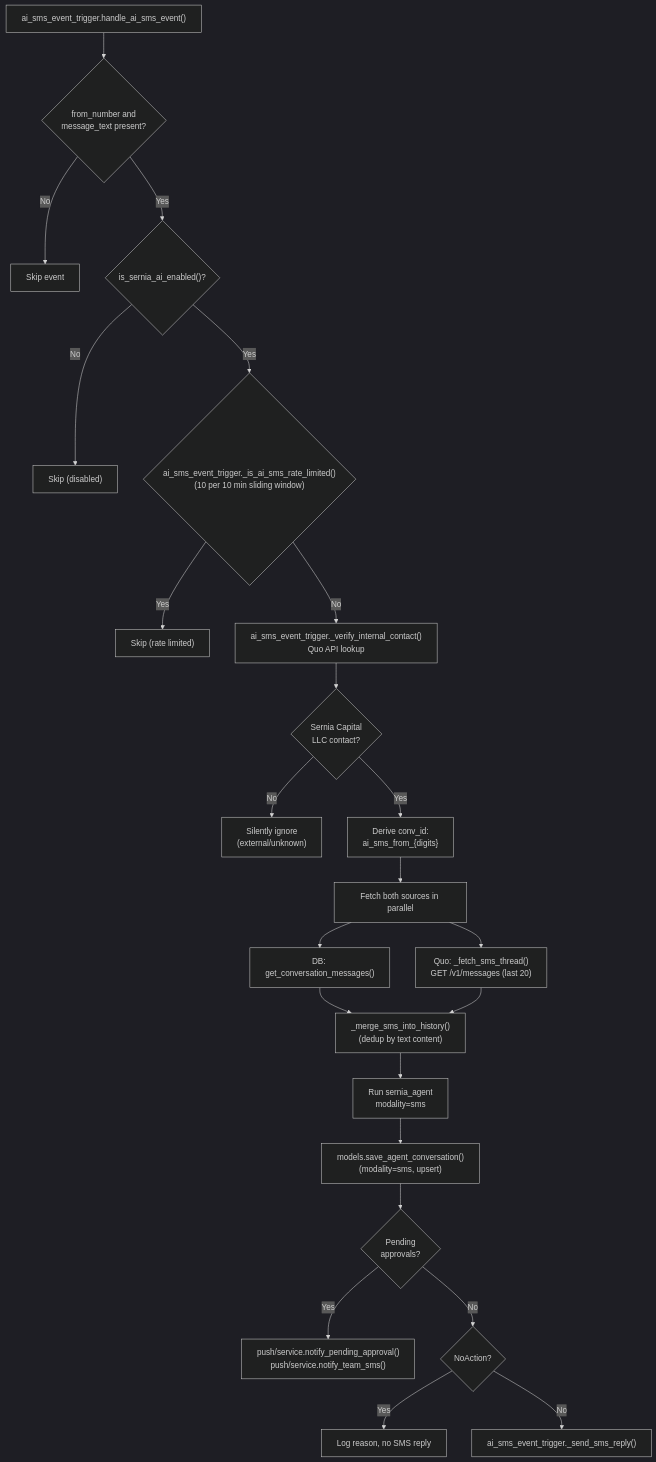
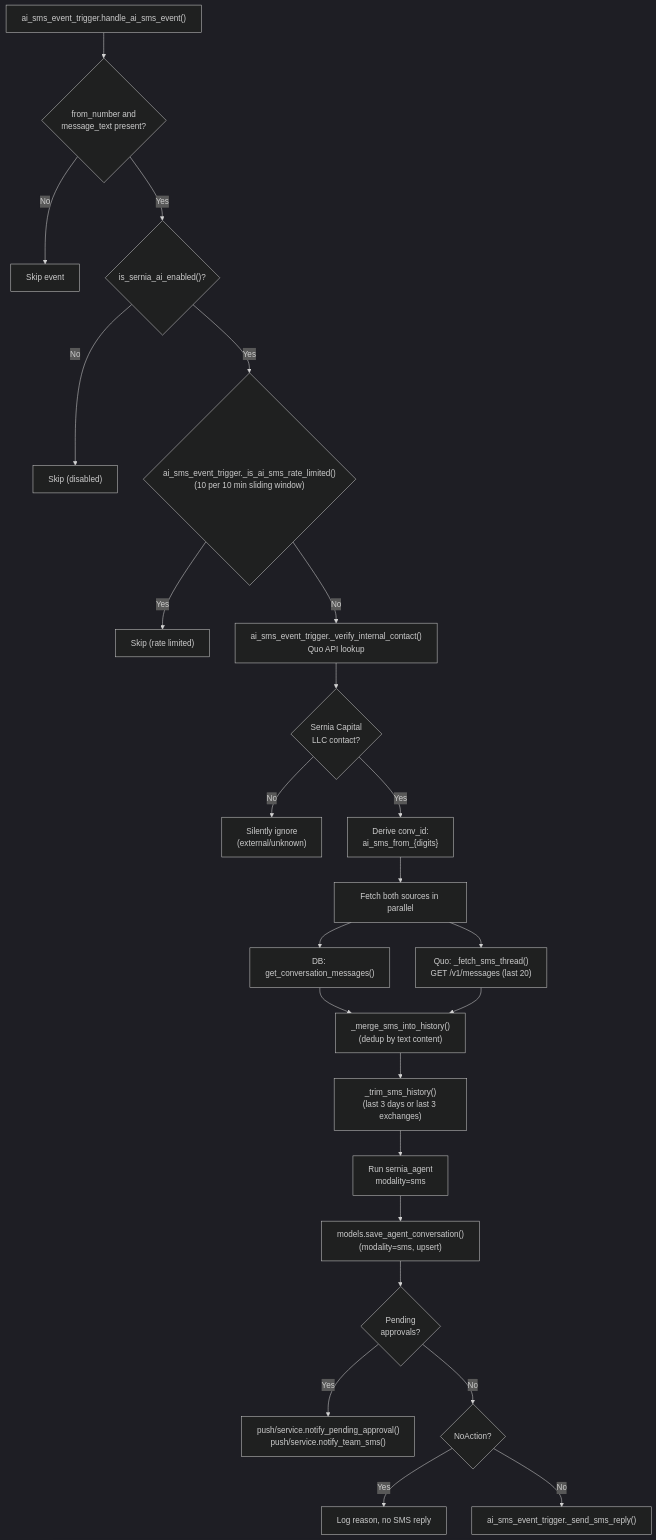
Before and after one commit to EmilioEsposito/portfolio: the second of 4 diagrams in api/src/sernia_ai/triggers/README.md, drawn with Mermaid (dark theme). The commit also changed other lines of this file and 7 other files, not shown here.

First line of the commit message:
reduce SMS-triggered agent costs by trimming conversation history

````diff
--- a/api/src/sernia_ai/triggers/README.md
+++ b/api/src/sernia_ai/triggers/README.md
@@ -48,29 +48,30 @@
 ```mermaid
 flowchart TD
     IN["ai_sms_event_trigger.handle_ai_sms_event()"] --> VALIDATE{"from_number and<br/>message_text present?"}
     VALIDATE -->|No| SKIP["Skip event"]
     VALIDATE -->|Yes| ENABLED{"is_sernia_ai_enabled()?"}
     ENABLED -->|No| SKIP2a["Skip (disabled)"]
     ENABLED -->|Yes| RATE{"ai_sms_event_trigger._is_ai_sms_rate_limited()<br/>(10 per 10 min sliding window)"}
     RATE -->|Yes| SKIP2["Skip (rate limited)"]
     RATE -->|No| CONTACT["ai_sms_event_trigger._verify_internal_contact()<br/>Quo API lookup"]
 
     CONTACT --> GATE{"Sernia Capital<br/>LLC contact?"}
     GATE -->|No| IGNORE["Silently ignore<br/>(external/unknown)"]
     GATE -->|Yes| CONV_ID["Derive conv_id:<br/>ai_sms_from_{digits}"]
 
     CONV_ID --> FETCH["Fetch both sources in parallel"]
     FETCH --> DB["DB: get_conversation_messages()"]
     FETCH --> QUO["Quo: _fetch_sms_thread()<br/>GET /v1/messages (last 20)"]
     DB --> MERGE["_merge_sms_into_history()<br/>(dedup by text content)"]
     QUO --> MERGE
 
-    MERGE --> AGENT["Run sernia_agent<br/>modality=sms"]
+    MERGE --> TRIM["_trim_sms_history()<br/>(last 3 days or last 3 exchanges)"]
+    TRIM --> AGENT["Run sernia_agent<br/>modality=sms"]
 
     AGENT --> SAVE["models.save_agent_conversation()<br/>(modality=sms, upsert)"]
     SAVE --> RESULT{"Pending<br/>approvals?"}
     RESULT -->|Yes| HITL["push/service.notify_pending_approval()<br/>push/service.notify_team_sms()"]
     RESULT -->|No| CHECK{"NoAction?"}
     CHECK -->|Yes| LOG["Log reason, no SMS reply"]
     CHECK -->|No| REPLY["ai_sms_event_trigger._send_sms_reply()"]
 ```
````
